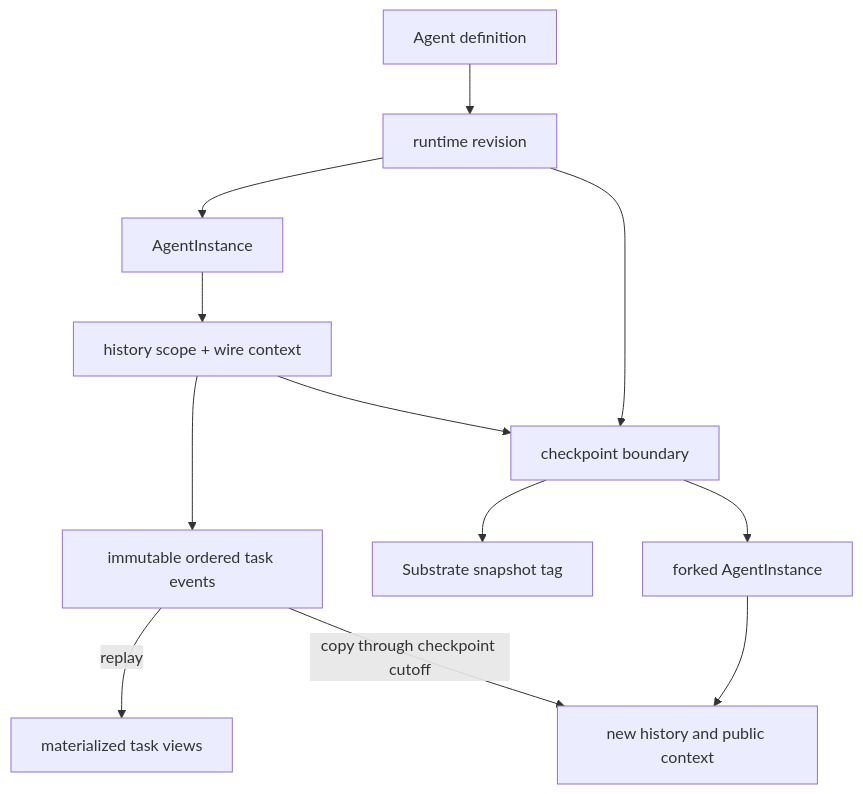
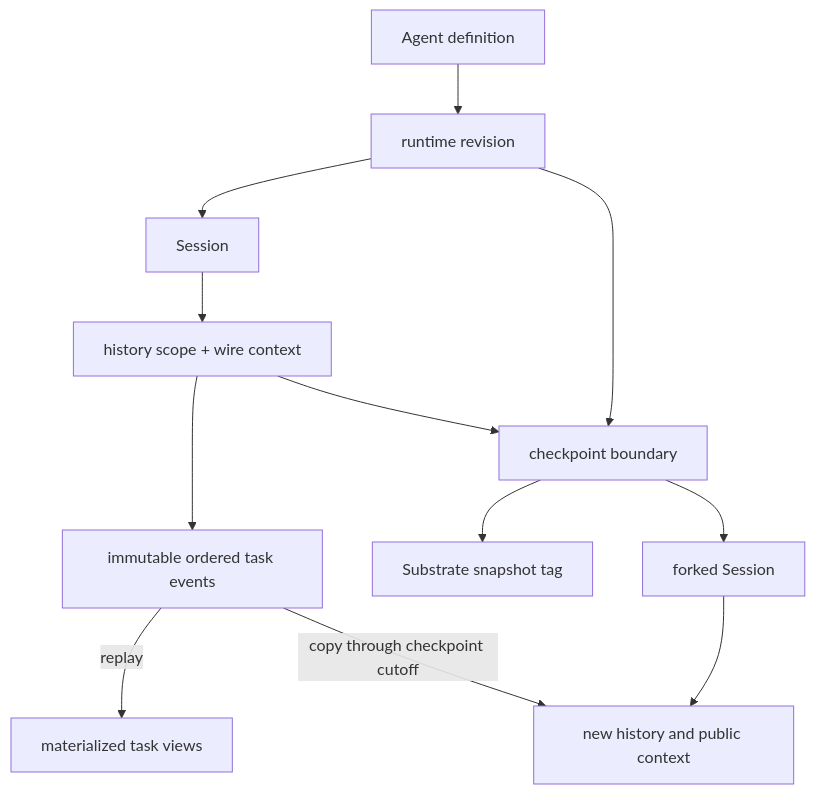
One commit to kagent-dev/kagent changed the diagram in docs/architecture/persistence-checkpoints-and-forks.md. Above: the diagram before and after it, drawn with Mermaid. The commit also changed other lines of this file and 167 other files, not shown here.

````diff
--- a/docs/architecture/persistence-checkpoints-and-forks.md
+++ b/docs/architecture/persistence-checkpoints-and-forks.md
@@ -37,14 +37,14 @@
 ```mermaid
 flowchart TD
     AGENT[Agent definition] --> REV[runtime revision]
-    REV --> INSTANCE[AgentInstance]
-    INSTANCE --> CONTEXT[history scope + wire context]
+    REV --> SESSION[Session]
+    SESSION --> CONTEXT[history scope + wire context]
     CONTEXT --> EVENT[immutable ordered task events]
     EVENT -->|replay| TASK[materialized task views]
     CONTEXT --> CHECKPOINT[checkpoint boundary]
     REV --> CHECKPOINT
     CHECKPOINT --> TAG[Substrate snapshot tag]
-    CHECKPOINT --> FORK[forked AgentInstance]
+    CHECKPOINT --> FORK[forked Session]
     FORK --> NEWCTX[new history and public context]
     EVENT -->|copy through checkpoint cutoff| NEWCTX
 ```
````
